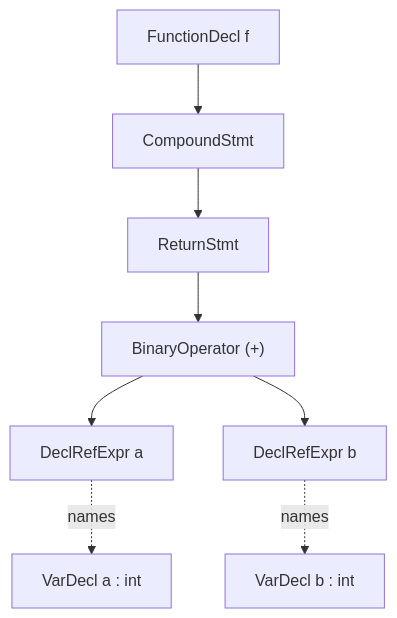
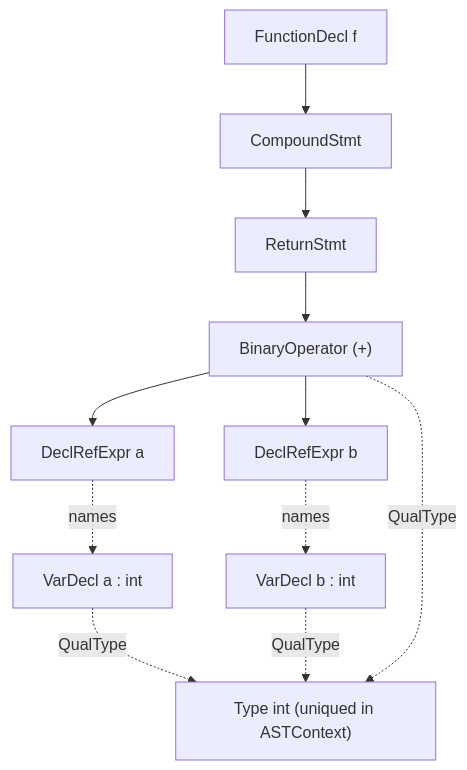
The diagram in data-structure/clang-ast.md (LinerSu/llvm-handbook), drawn with Mermaid before and after one commit. The commit also changed other lines of this file and 9 other files, not shown here.

````diff
--- a/data-structure/clang-ast.md
+++ b/data-structure/clang-ast.md
@@ -64,10 +62,13 @@
 ```mermaid
 flowchart TD
   FD["FunctionDecl f"] --> CS["CompoundStmt"]
   CS --> RS["ReturnStmt"]
   RS --> BO["BinaryOperator (+)"]
   BO --> LA["DeclRefExpr a"]
   BO --> RB["DeclRefExpr b"]
   LA -.names.-> VA["VarDecl a : int"]
   RB -.names.-> VB["VarDecl b : int"]
+  VA -. QualType .-> TY["Type int (uniqued in ASTContext)"]
+  VB -. QualType .-> TY
+  BO -. QualType .-> TY
 ```
````
